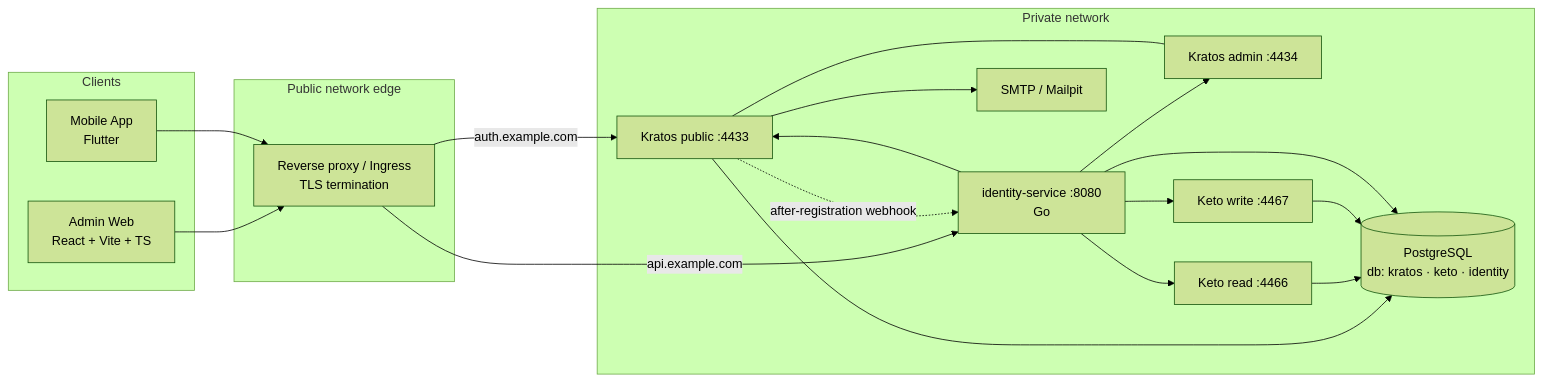
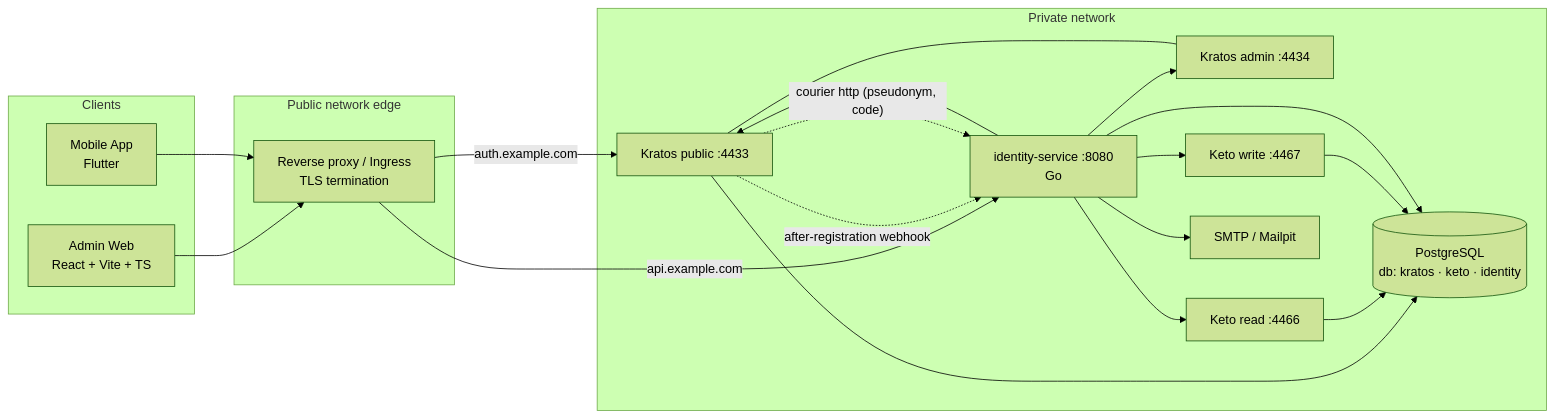
The second of 2 diagrams in docs/architecture/01-overview.md (doitsu2014/go-ory-auth-example), drawn with Mermaid (forest theme) before and after one commit. The commit also changed other lines of this file and 220 other files, not shown here.

````diff
--- a/docs/architecture/01-overview.md
+++ b/docs/architecture/01-overview.md
@@ -43,37 +48,38 @@
 ```mermaid
 flowchart LR
   subgraph clients [Clients]
     web[Admin Web<br/>React + Vite + TS]
     app[Mobile App<br/>Flutter]
   end
 
   subgraph public [Public network edge]
     rp[Reverse proxy / Ingress<br/>TLS termination]
   end
 
   subgraph private [Private network]
     kpub[Kratos public :4433]
     kadm[Kratos admin :4434]
     svc[identity-service :8080<br/>Go]
     ketor[Keto read :4466]
     ketow[Keto write :4467]
     pg[(PostgreSQL<br/>db: kratos · keto · identity)]
     mail[SMTP / Mailpit]
   end
 
   web --> rp
   app --> rp
   rp -- auth.example.com --> kpub
   rp -- api.example.com --> svc
   svc --> kpub
   svc --> kadm
   svc --> ketor
   svc --> ketow
   kpub -. after-registration webhook .-> svc
   kpub --- kadm
   kpub --> pg
   ketor --> pg
   ketow --> pg
   svc --> pg
-  kpub --> mail
+  kpub -. courier http (pseudonym, code) .-> svc
+  svc --> mail
 ```
````
